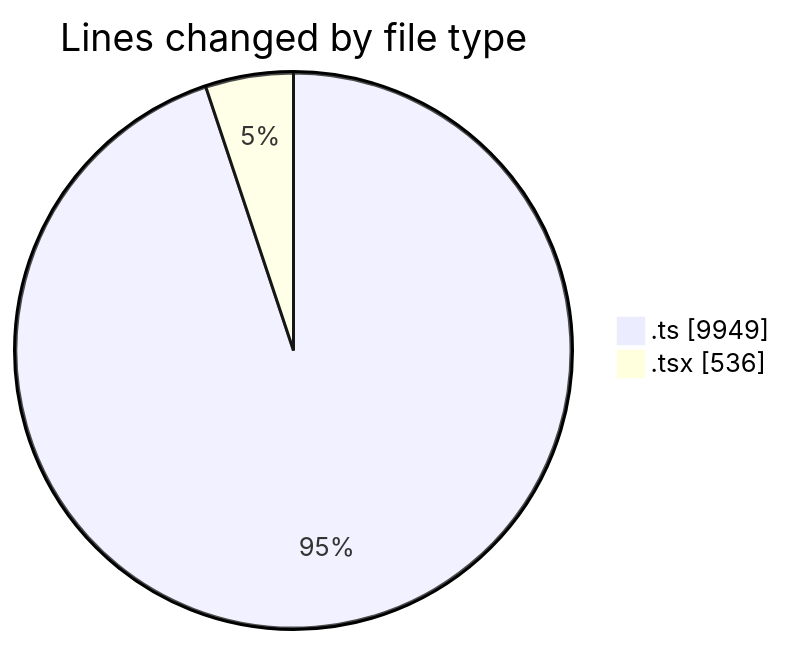
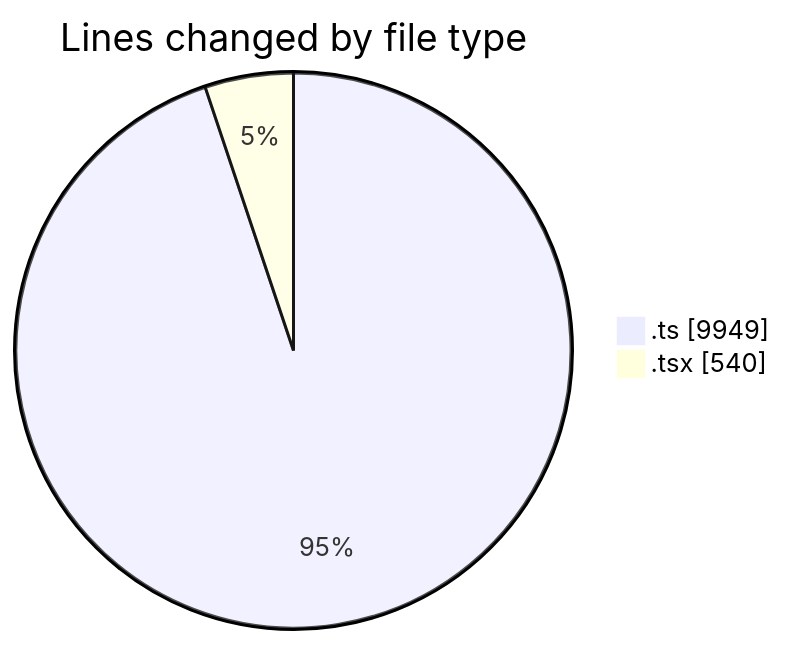
Before and after one commit to momahboobian/code-tracking: the first of 2 diagrams in 2025-06-11/cda/README.md, drawn with Mermaid. The commit also changed other lines of this file and 1 other file, not shown here.

````diff
--- a/2025-06-11/cda/README.md
+++ b/2025-06-11/cda/README.md
@@ -25,6 +25,6 @@
 ```mermaid
 pie showData
 title Lines changed by file type
 ".ts" : 9949
-".tsx" : 536
+".tsx" : 540
 ```
````
